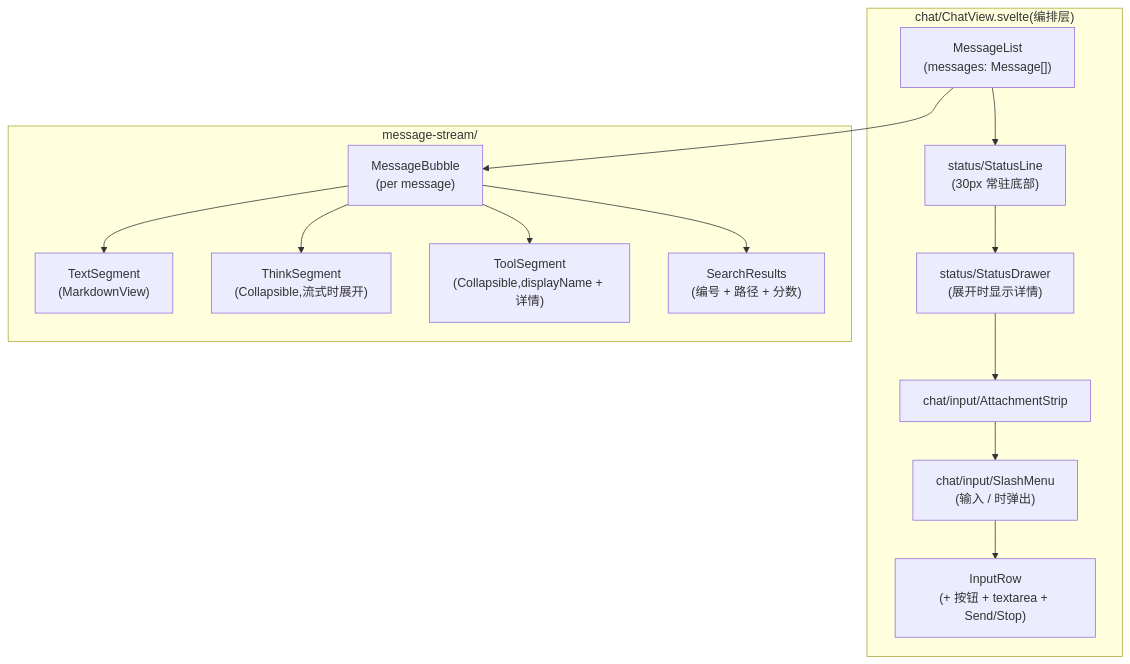
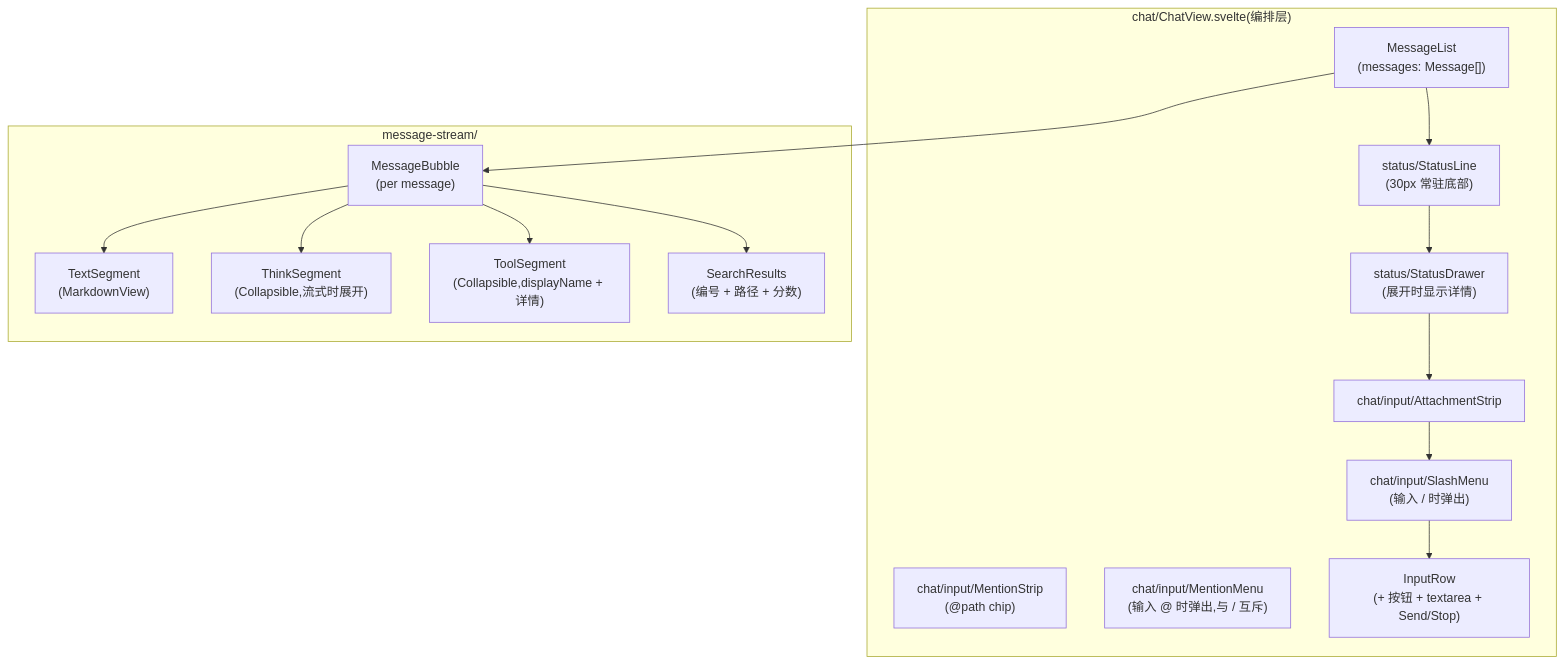
One commit to golddream-y/obsidian-ratel changed the third of 6 diagrams in docs/architecture/agent/chat.md. Above: the diagram before and after it, drawn with Mermaid. The commit also changed other lines of this file and 50 other files, not shown here.

````diff
--- a/docs/architecture/agent/chat.md
+++ b/docs/architecture/agent/chat.md
@@ -146,30 +147,32 @@
 ```mermaid
 graph TB
     subgraph "chat/ChatView.svelte(编排层)"
         ML["MessageList<br/>(messages: Message[])"]
         SL["status/StatusLine<br/>(30px 常驻底部)"]
         SD["status/StatusDrawer<br/>(展开时显示详情)"]
         AS["chat/input/AttachmentStrip"]
+        MS["chat/input/MentionStrip<br/>(@path chip)"]
         SM["chat/input/SlashMenu<br/>(输入 / 时弹出)"]
+        MM["chat/input/MentionMenu<br/>(输入 @ 时弹出,与 / 互斥)"]
         IR["InputRow<br/>(+ 按钮 + textarea + Send/Stop)"]
     end
 
     subgraph "message-stream/"
         MB["MessageBubble<br/>(per message)"]
         TS["TextSegment<br/>(MarkdownView)"]
         TK["ThinkSegment<br/>(Collapsible,流式时展开)"]
         TL["ToolSegment<br/>(Collapsible,displayName + 详情)"]
         SR["SearchResults<br/>(编号 + 路径 + 分数)"]
     end
 
     ML --> MB
     MB --> TS
     MB --> TK
     MB --> TL
     MB --> SR
     ML --> SL
     SL --> SD
     SD --> AS
     AS --> SM
     SM --> IR
 ```
````
